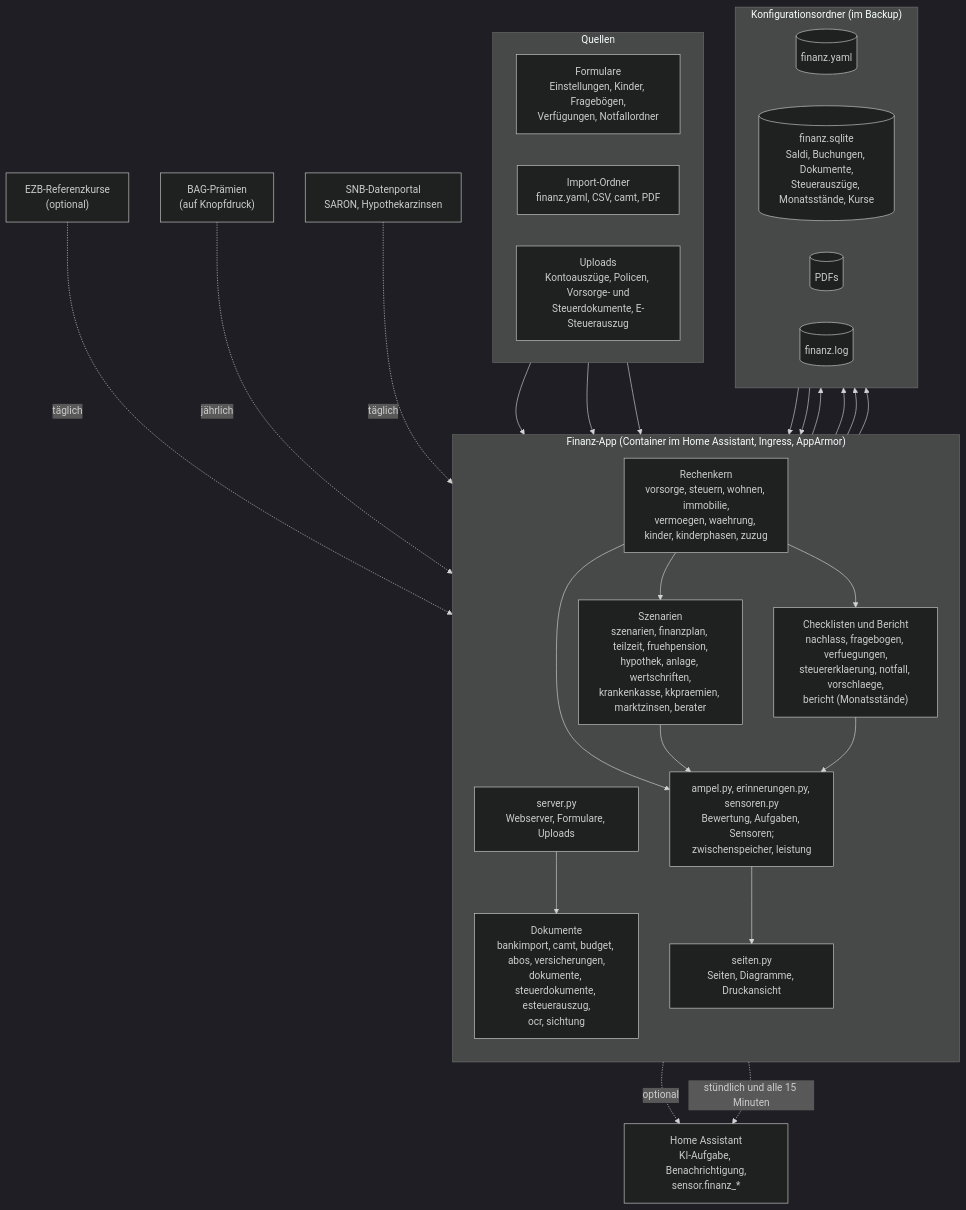
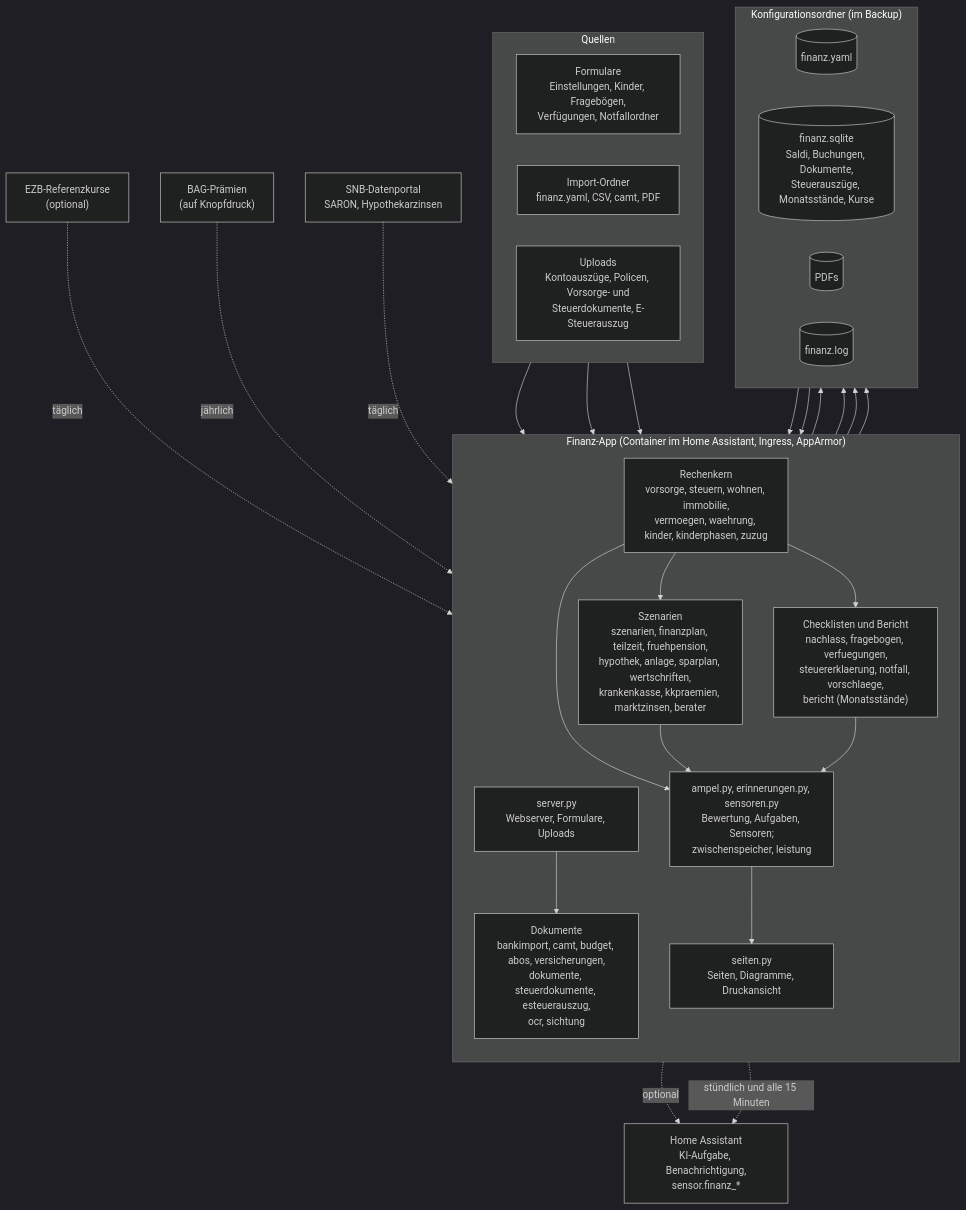
One commit to khu1985/finanz-ha changed the diagram in docs/architektur.mmd. Above: the diagram before and after it, drawn with Mermaid (dark theme). The commit also changed 11 other files, not shown here.

```diff
--- a/docs/architektur.mmd
+++ b/docs/architektur.mmd
@@ -1,37 +1,37 @@
 flowchart TB
     subgraph Quellen
         direction LR
         F["Formulare<br/>Einstellungen, Kinder, Fragebögen,<br/>Verfügungen, Notfallordner"]
         I["Import-Ordner<br/>finanz.yaml, CSV, camt, PDF"]
         U["Uploads<br/>Kontoauszüge, Policen, Vorsorge- und<br/>Steuerdokumente, E-Steuerauszug"]
     end
     subgraph App["Finanz-App (Container im Home Assistant, Ingress, AppArmor)"]
         direction TB
         S["server.py<br/>Webserver, Formulare, Uploads"]
         D["Dokumente<br/>bankimport, camt, budget, abos, versicherungen,<br/>dokumente, steuerdokumente, esteuerauszug,<br/>ocr, sichtung"]
         K["Rechenkern<br/>vorsorge, steuern, wohnen, immobilie,<br/>vermoegen, waehrung, kinder, kinderphasen, zuzug"]
-        Z["Szenarien<br/>szenarien, finanzplan, teilzeit, fruehpension,<br/>hypothek, anlage, wertschriften,<br/>krankenkasse, kkpraemien, marktzinsen, berater"]
+        Z["Szenarien<br/>szenarien, finanzplan, teilzeit, fruehpension,<br/>hypothek, anlage, sparplan, wertschriften,<br/>krankenkasse, kkpraemien, marktzinsen, berater"]
         C["Checklisten und Bericht<br/>nachlass, fragebogen, verfuegungen,<br/>steuererklaerung, notfall, vorschlaege,<br/>bericht (Monatsstände)"]
         A["ampel.py, erinnerungen.py, sensoren.py<br/>Bewertung, Aufgaben, Sensoren;<br/>zwischenspeicher, leistung"]
         SE["seiten.py<br/>Seiten, Diagramme, Druckansicht"]
     end
     subgraph Daten["Konfigurationsordner (im Backup)"]
         direction LR
         Y[("finanz.yaml")]
         DB[("finanz.sqlite<br/>Saldi, Buchungen, Dokumente,<br/>Steuerauszüge, Monatsstände, Kurse")]
         P[("PDFs")]
         L[("finanz.log")]
     end
     HA["Home Assistant<br/>KI-Aufgabe, Benachrichtigung,<br/>sensor.finanz_*"]
     F & I & U --> S
     S --> D --> DB & P
     S --> Y
     Y & DB --> K --> Z
     K --> C
     K & Z & C --> A --> SE
     Z -. optional .-> HA
     EZB["EZB-Referenzkurse<br/>(optional)"] -. täglich .-> K
     BAG["BAG-Prämien<br/>(auf Knopfdruck)"] -. jährlich .-> Z
     SNB["SNB-Datenportal<br/>SARON, Hypothekarzinsen"] -. täglich .-> Z
     A -. stündlich und alle 15 Minuten .-> HA
     S --> L
```
